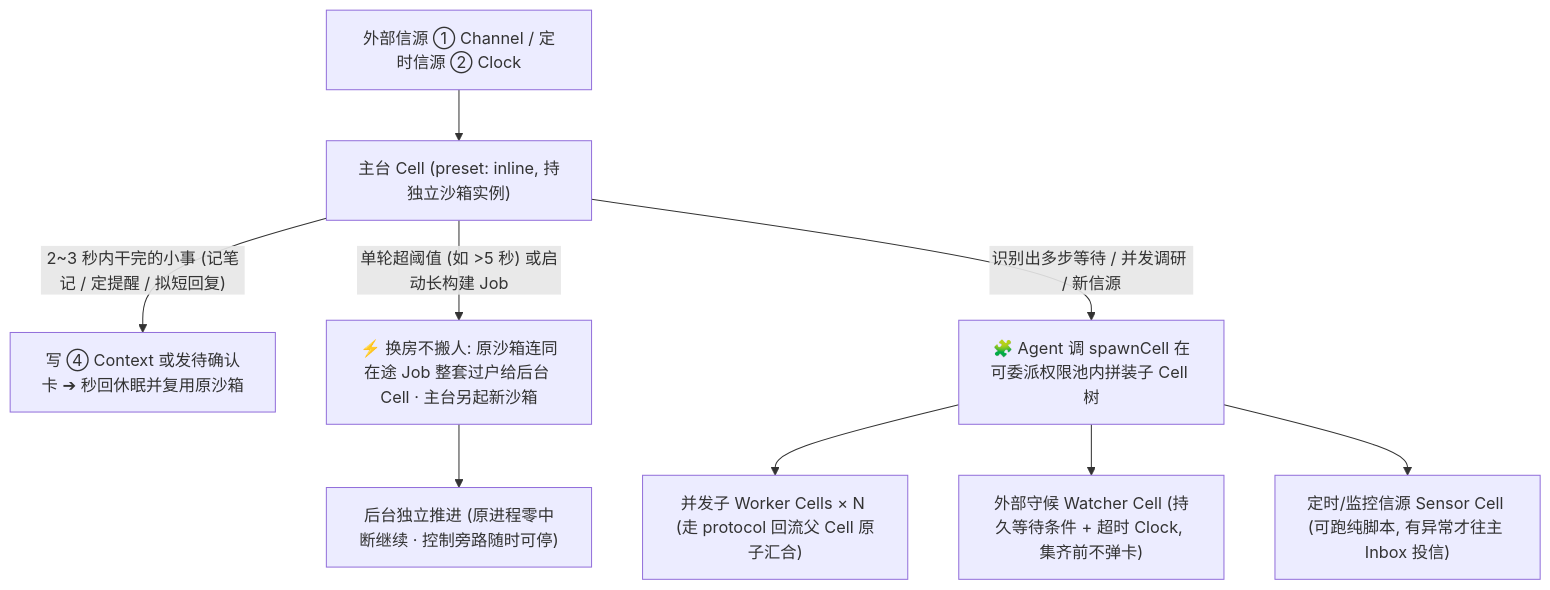
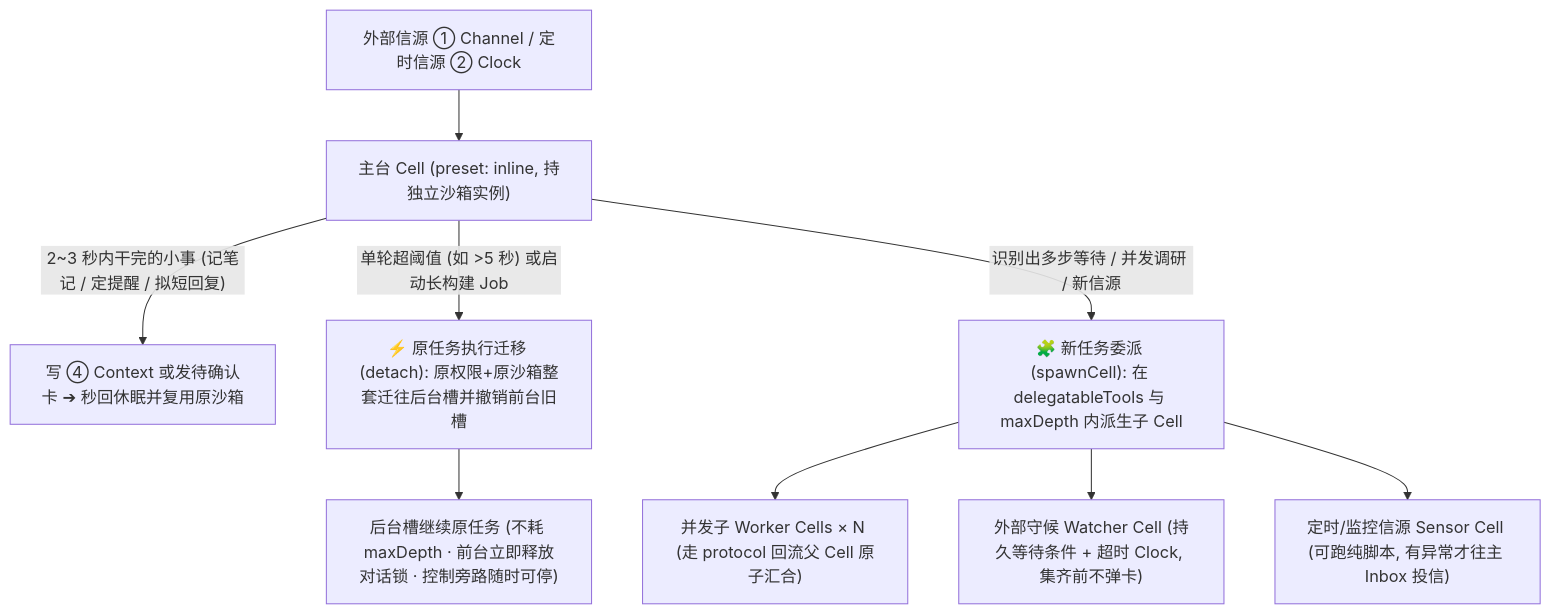
The diagram in docs/02-atomic-kernel-architecture.md (project-aoi/ng-agents), drawn with Mermaid before and after one commit. The commit also changed other lines of this file and 3 other files, not shown here.

Commit message:
docs: separate execution detach migration from child Cell delegation

````diff
--- a/docs/02-atomic-kernel-architecture.md
+++ b/docs/02-atomic-kernel-architecture.md
@@ -232,13 +241,13 @@
 ```mermaid
 flowchart TB
     In["外部信源 ① Channel / 定时信源 ② Clock"] --> Main["主台 Cell (preset: inline, 持独立沙箱实例)"]
 
     Main -->|"2~3 秒内干完的小事 (记笔记 / 定提醒 / 拟短回复)"| Fast["写 ④ Context 或发待确认卡 ➔ 秒回休眠并复用原沙箱"]
-    Main -->|"单轮超阈值 (如 >5 秒) 或启动长构建 Job"| Fork["⚡ 换房不搬人: 原沙箱连同在途 Job 整套过户给后台 Cell · 主台另起新沙箱"]
-    Main -->|"识别出多步等待 / 并发调研 / 新信源"| Dyn["🧩 Agent 调 spawnCell 在可委派权限池内拼装子 Cell 树"]
+    Main -->|"单轮超阈值 (如 >5 秒) 或启动长构建 Job"| Detach["⚡ 原任务执行迁移 (detach): 原权限+原沙箱整套迁往后台槽并撤销前台旧槽"]
+    Main -->|"识别出多步等待 / 并发调研 / 新信源"| Dyn["🧩 新任务委派 (spawnCell): 在 delegatableTools 与 maxDepth 内派生子 Cell"]
 
-    Fork --> Bg["后台独立推进 (原进程零中断继续 · 控制旁路随时可停)"]
+    Detach --> Bg["后台槽继续原任务 (不耗 maxDepth · 前台立即释放对话锁 · 控制旁路随时可停)"]
     Dyn --> W1["并发子 Worker Cells × N (走 protocol 回流父 Cell 原子汇合)"]
     Dyn --> W2["外部守候 Watcher Cell (持久等待条件 + 超时 Clock, 集齐前不弹卡)"]
     Dyn --> W3["定时/监控信源 Sensor Cell (可跑纯脚本, 有异常才往主 Inbox 投信)"]
 ```
````
